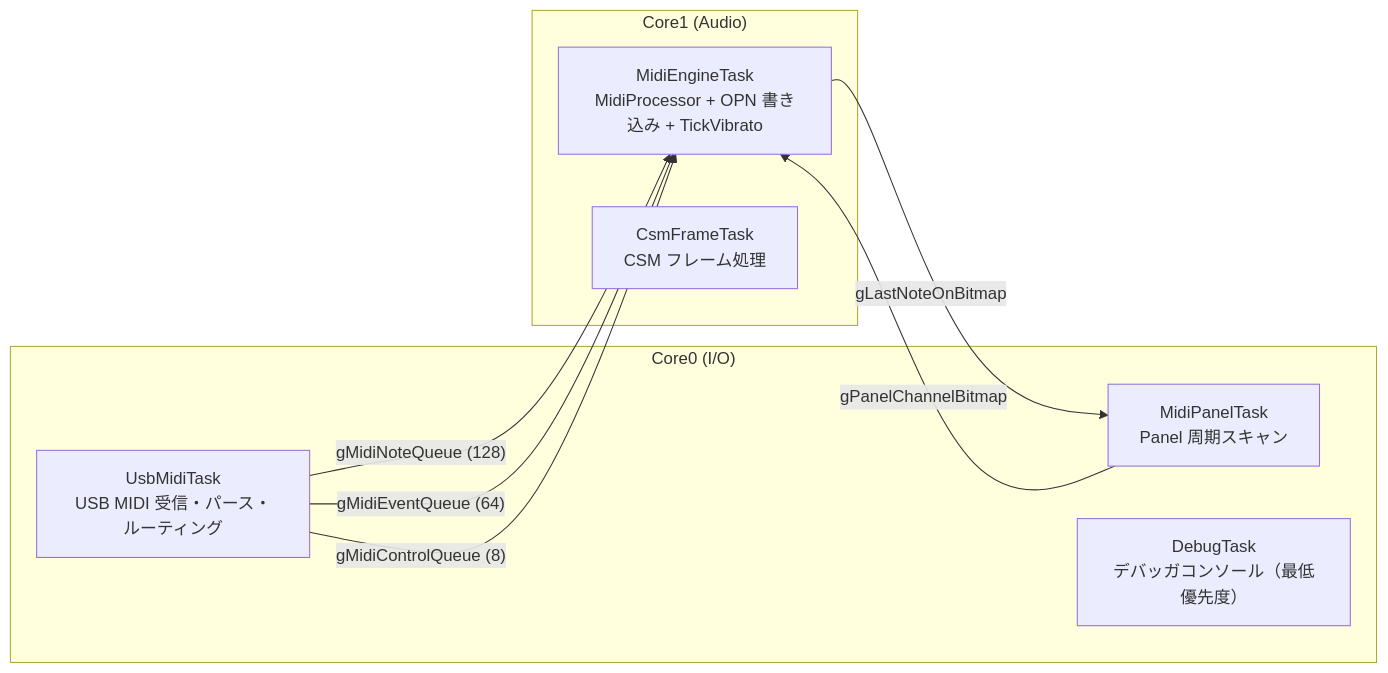
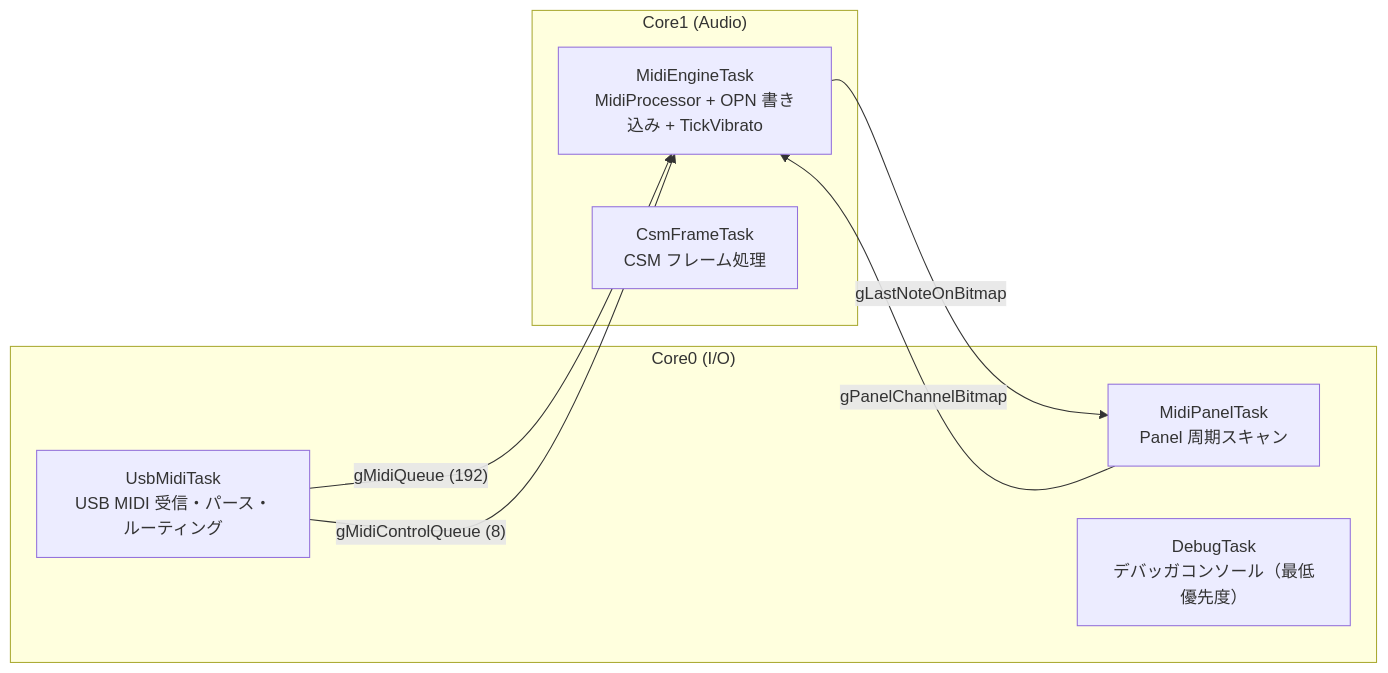
Before and after one commit to 46nori/FMSynthEnsembleV3: the first of 3 diagrams in doc/design_concurrency.md, drawn with Mermaid. The commit also changed other lines of this file and 30 other files, not shown here.

````diff
--- a/doc/design_concurrency.md
+++ b/doc/design_concurrency.md
@@ -43,17 +43,16 @@
 ```mermaid
 flowchart LR
     subgraph Core0["Core0 (I/O)"]
         USB["UsbMidiTask<br>USB MIDI 受信・パース・ルーティング"]
         PANEL["MidiPanelTask<br>Panel 周期スキャン"]
         DEBUG["DebugTask<br>デバッガコンソール（最低優先度）"]
     end
     subgraph Core1["Core1 (Audio)"]
         ENGINE["MidiEngineTask<br>MidiProcessor + OPN 書き込み + TickVibrato"]
         CSM["CsmFrameTask<br>CSM フレーム処理"]
     end
-    USB -- "gMidiNoteQueue (128)" --> ENGINE
-    USB -- "gMidiEventQueue (64)" --> ENGINE
+    USB -- "gMidiQueue (192)" --> ENGINE
     USB -- "gMidiControlQueue (8)" --> ENGINE
     PANEL -- "gPanelChannelBitmap" --> ENGINE
     ENGINE -- "gLastNoteOnBitmap" --> PANEL
 ```
````
